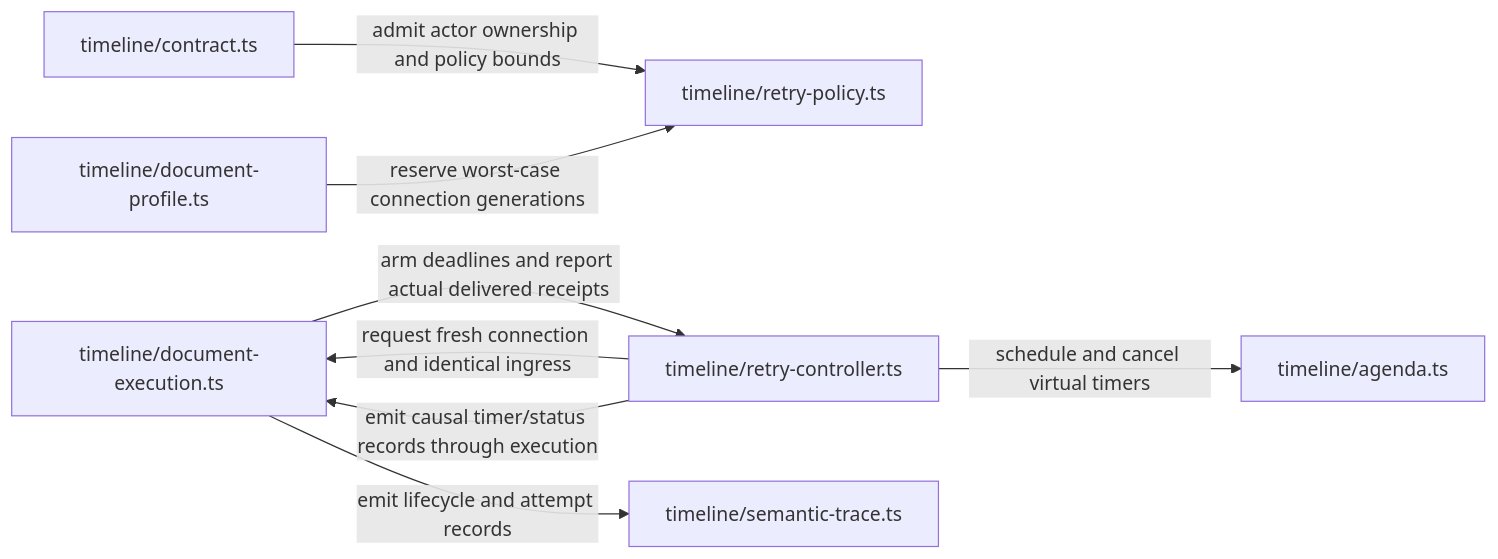
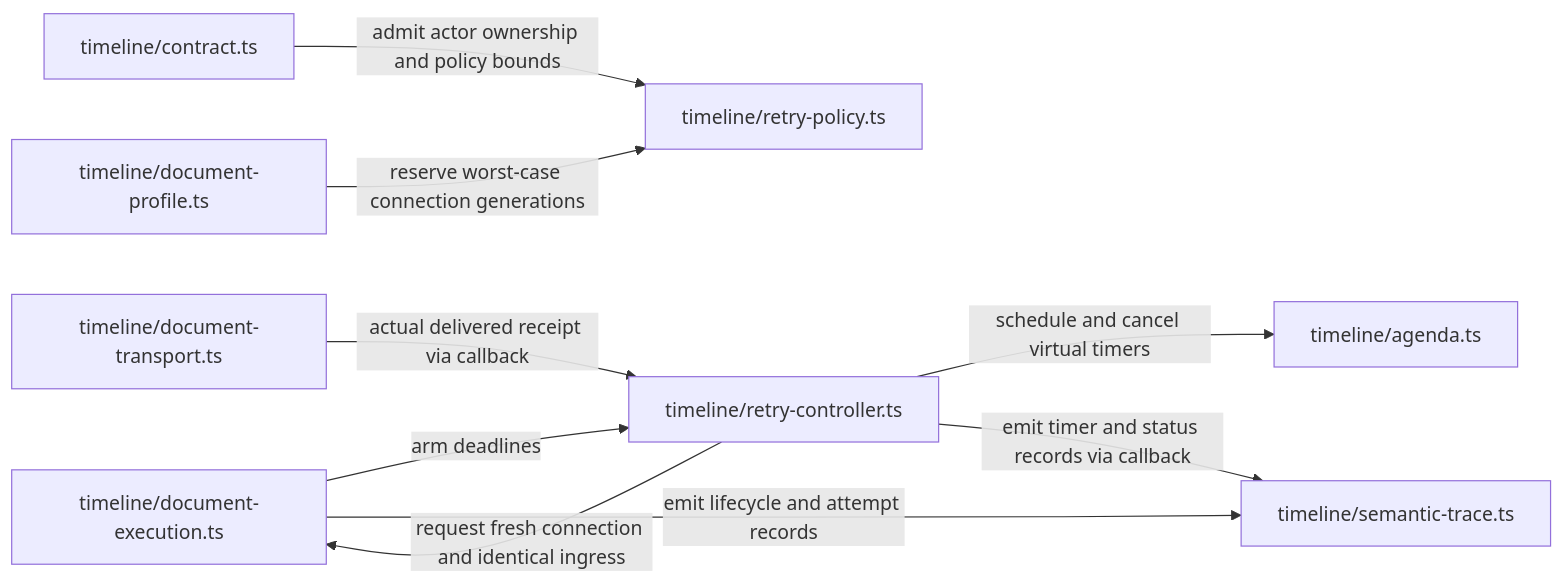
One commit to sproates/zooglass changed diagram 17 of 22 in workbench/docs/source-map.md. Above: the diagram before and after it, drawn with Mermaid. The commit also changed other lines of this file and 59 other files, not shown here.

Commit message:
Isolate the simulation host and clarify timeline execution ownership

````diff
--- a/workbench/docs/source-map.md
+++ b/workbench/docs/source-map.md
@@ -544,10 +579,11 @@
 ```mermaid
 flowchart LR
   contract["timeline/contract.ts"] -->|admit actor ownership and policy bounds| policy["timeline/retry-policy.ts"]
   profile["timeline/document-profile.ts"] -->|reserve worst-case connection generations| policy
-  execution["timeline/document-execution.ts"] -->|arm deadlines and report actual delivered receipts| retries["timeline/retry-controller.ts"]
+  execution["timeline/document-execution.ts"] -->|arm deadlines| retries["timeline/retry-controller.ts"]
+  transport["timeline/document-transport.ts"] -->|actual delivered receipt via callback| retries
   retries -->|schedule and cancel virtual timers| agenda["timeline/agenda.ts"]
   retries -->|request fresh connection and identical ingress| execution
   execution -->|emit lifecycle and attempt records| trace["timeline/semantic-trace.ts"]
-  retries -->|emit causal timer/status records through execution| execution
+  retries -->|emit timer and status records via callback| trace
 ```
````
